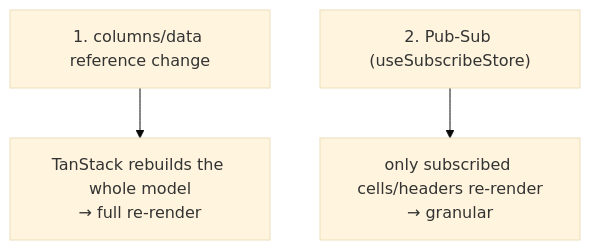
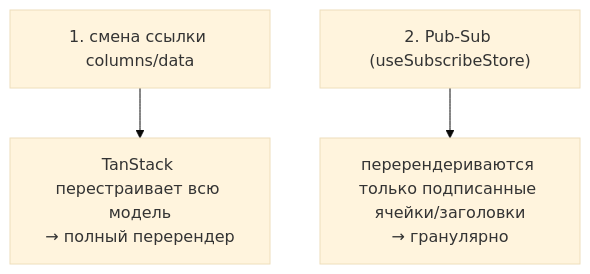
The diagram in docs/architecture/reactivity.md (tessera-grid/tessera), drawn with Mermaid (base theme) before and after one commit. The commit also changed other lines of this file and 4 other files, not shown here.

First line of the commit message:
docs(decisions): split perf ADR into Pub-Sub (0004) and fast-scroll (0007)

````diff
--- a/docs/architecture/reactivity.md
+++ b/docs/architecture/reactivity.md
@@ -6,5 +7,5 @@
 ```mermaid
 flowchart TB
-    A["1. columns/data reference change"] --> AR["TanStack rebuilds the whole model<br/>→ full re-render"]
-    C["2. Pub-Sub (useSubscribeStore)"] --> CR["only subscribed cells/headers re-render<br/>→ granular"]
+    A["1. смена ссылки columns/data"] --> AR["TanStack перестраивает всю модель<br/>→ полный перерендер"]
+    C["2. Pub-Sub (useSubscribeStore)"] --> CR["перерендериваются только подписанные ячейки/заголовки<br/>→ гранулярно"]
 ```
````
